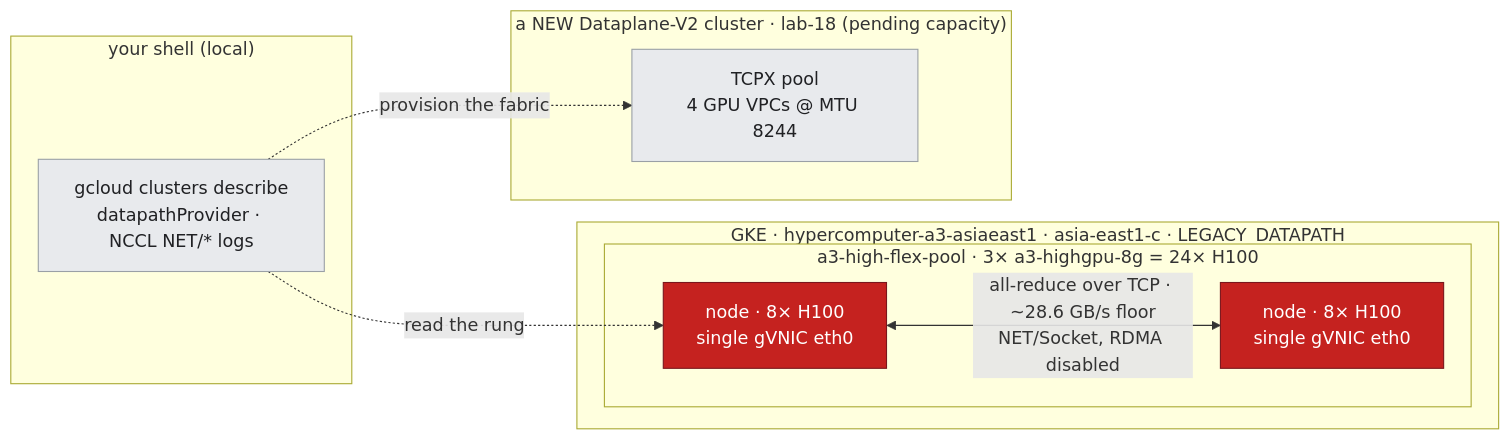
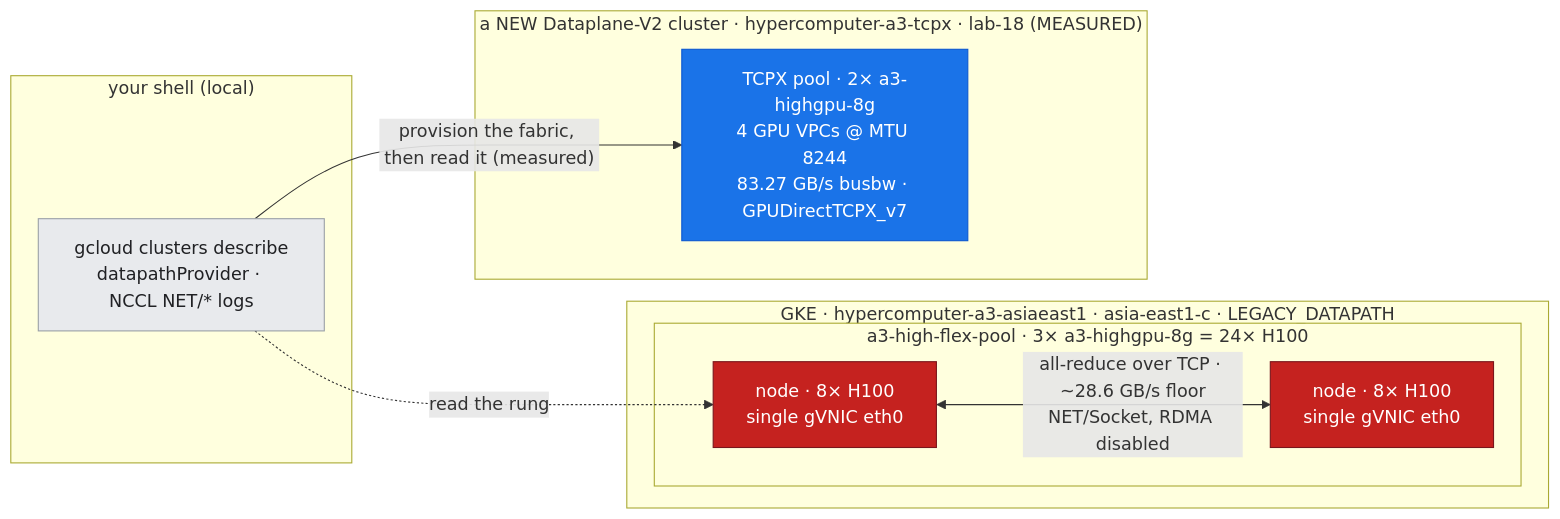
The first of 3 diagrams in docs/part6-architecture-gcp-integration/21-gke-network-design.md (elideng-sg/hypercomputer-internode-deepdive), drawn with Mermaid before and after one commit. The commit also changed other lines of this file and 43 other files, not shown here.

First line of the commit message:
lab-18: measure GPUDirect-TCPX live, and correct the guide against it

````diff
--- a/docs/part6-architecture-gcp-integration/21-gke-network-design.md
+++ b/docs/part6-architecture-gcp-integration/21-gke-network-design.md
@@ -26,22 +26,22 @@
 ```mermaid
 flowchart LR
   subgraph LOCAL["your shell (local)"]
     CLI["gcloud clusters describe<br/>datapathProvider · NCCL NET/* logs"]
   end
   subgraph CLUSTER["GKE · hypercomputer-a3-asiaeast1 · asia-east1-c · LEGACY_DATAPATH"]
     subgraph POOL["a3-high-flex-pool · 3× a3-highgpu-8g = 24× H100"]
       N1["node · 8× H100<br/>single gVNIC eth0"]
       N2["node · 8× H100<br/>single gVNIC eth0"]
     end
   end
-  subgraph NEWC["a NEW Dataplane-V2 cluster · lab-18 (pending capacity)"]
-    TPX["TCPX pool<br/>4 GPU VPCs @ MTU 8244"]
+  subgraph NEWC["a NEW Dataplane-V2 cluster · hypercomputer-a3-tcpx · lab-18 (MEASURED)"]
+    TPX["TCPX pool · 2× a3-highgpu-8g<br/>4 GPU VPCs @ MTU 8244<br/>83.27 GB/s busbw · GPUDirectTCPX_v7"]
   end
   N1 <-->|"all-reduce over TCP · ~28.6 GB/s floor<br/>NET/Socket, RDMA disabled"| N2
   CLI -.->|"read the rung"| N1
-  CLI -.->|"provision the fabric"| TPX
+  CLI -->|"provision the fabric, then read it (measured)"| TPX
   classDef meas fill:#1a73e8,stroke:#0b57d0,color:#ffffff;
   classDef crit fill:#c5221f,stroke:#7a161c,color:#ffffff;
   classDef ctx fill:#e8eaed,stroke:#9aa0a6,color:#202124;
-  class N1,N2 crit; class TPX ctx; class CLI ctx;
+  class N1,N2 crit; class TPX meas; class CLI ctx;
 ```
````
